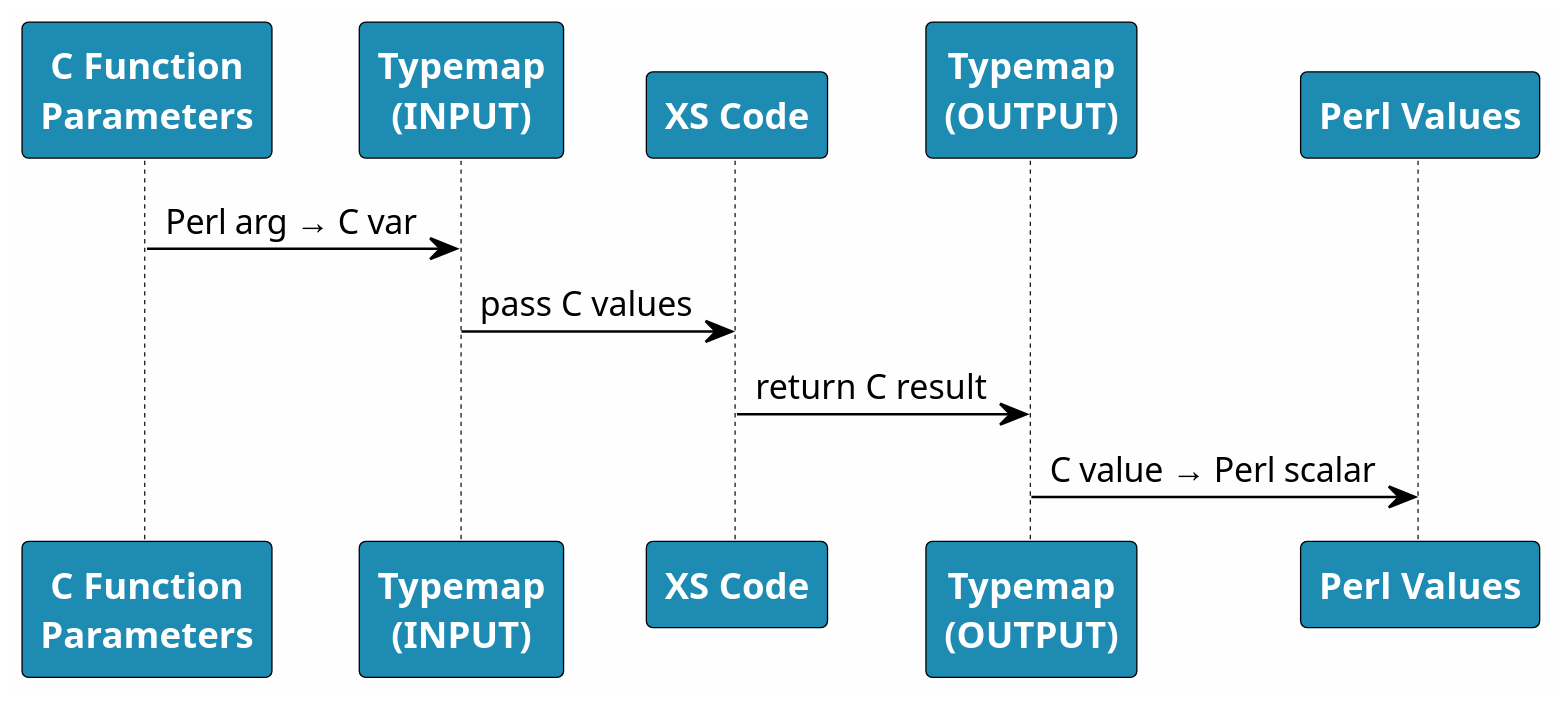
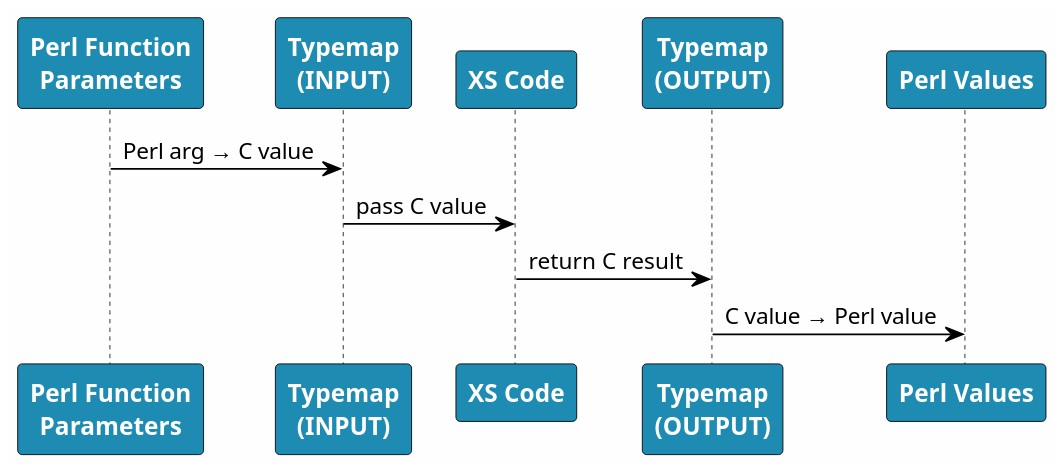
The diagram in snippets/typemap-scheme.puml (Rukatonoshi/perl-conf-typemap), drawn with PlantUML before and after one commit. The commit also changed other lines of this file and 6 other files, not shown here.

```diff
--- a/snippets/typemap-scheme.puml
+++ b/snippets/typemap-scheme.puml
@@ -1,27 +1,27 @@
 @startuml
 skinparam backgroundColor #FEFEFE
-scale 3
+scale 2
 
 skinparam participant {
   BackgroundColor #1E8BB3
   FontColor white
   FontStyle bold
   BorderColor #000000
 }
 
 skinparam sequence {
   ArrowColor #000000
 }
 
-participant "C Function\nParameters" as CParams
+participant "Perl Function\nParameters" as CParams
 participant "Typemap\n(INPUT)" as TypemapIn
 participant "XS Code" as XSCode
 participant "Typemap\n(OUTPUT)" as TypemapOut
 participant "Perl Values" as PerlVals
 
-CParams -> TypemapIn : Perl arg → C var
-TypemapIn -> XSCode : pass C values
+CParams -> TypemapIn : Perl arg → C value
+TypemapIn -> XSCode : pass C value
 XSCode -> TypemapOut : return C result
-TypemapOut -> PerlVals : C value → Perl scalar
+TypemapOut -> PerlVals : C value → Perl value
 
 @enduml
```
